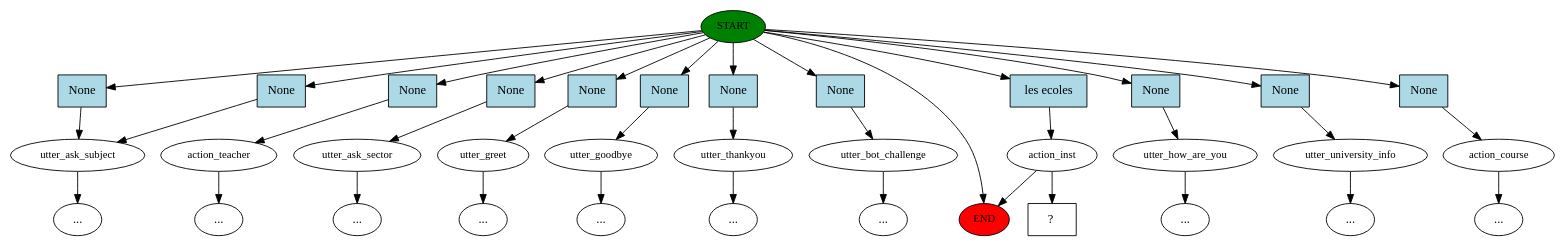
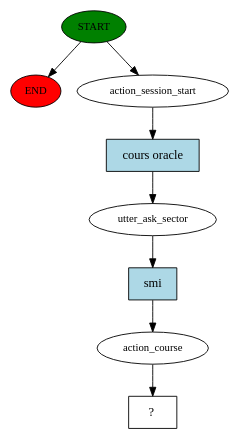
One commit to bilalltf/rasa-chatbot-student-assistant changed the diagram in story_graph.dot. Above: the diagram before and after it, drawn with Graphviz. The commit also changed 25 other files, not shown here.

```diff
--- a/story_graph.dot
+++ b/story_graph.dot
@@ -1,75 +1,17 @@
 digraph  {
 0 [class="start active", fillcolor=green, fontsize=12, label=START, style=filled];
 "-1" [class=end, fillcolor=red, fontsize=12, label=END, style=filled];
-1 [class="", fontsize=12, label=utter_ask_subject];
-3 [class="", fontsize=12, label=action_teacher];
-"-5" [class=ellipsis, label="..."];
-4 [class="", fontsize=12, label=utter_ask_sector];
-"-6" [class=ellipsis, label="..."];
-"-8" [class=ellipsis, label="..."];
-7 [class="", fontsize=12, label=utter_greet];
-"-9" [class=ellipsis, label="..."];
-8 [class="", fontsize=12, label=utter_goodbye];
-"-10" [class=ellipsis, label="..."];
-9 [class="", fontsize=12, label=utter_thankyou];
-"-11" [class=ellipsis, label="..."];
-10 [class="", fontsize=12, label=utter_bot_challenge];
-"-12" [class=ellipsis, label="..."];
-11 [class="", fontsize=12, label=utter_how_are_you];
-"-13" [class=ellipsis, label="..."];
-12 [class="", fontsize=12, label=utter_university_info];
-"-14" [class=ellipsis, label="..."];
-13 [class=active, fontsize=12, label=action_inst];
-14 [class="", fontsize=12, label=action_course];
-"-15" [class=ellipsis, label="..."];
-19 [class="intent dashed active", label="  ?  ", shape=rect];
-20 [class=intent, fillcolor=lightblue, label=None, shape=rect, style=filled];
-21 [class=intent, fillcolor=lightblue, label=None, shape=rect, style=filled];
-22 [class=intent, fillcolor=lightblue, label=None, shape=rect, style=filled];
-23 [class=intent, fillcolor=lightblue, label=None, shape=rect, style=filled];
-24 [class=intent, fillcolor=lightblue, label=None, shape=rect, style=filled];
-25 [class=intent, fillcolor=lightblue, label=None, shape=rect, style=filled];
-26 [class=intent, fillcolor=lightblue, label=None, shape=rect, style=filled];
-27 [class=intent, fillcolor=lightblue, label=None, shape=rect, style=filled];
-28 [class=intent, fillcolor=lightblue, label=None, shape=rect, style=filled];
-29 [class=intent, fillcolor=lightblue, label=None, shape=rect, style=filled];
-30 [class="intent active", fillcolor=lightblue, label="les ecoles", shape=rect, style=filled];
-31 [class=intent, fillcolor=lightblue, label=None, shape=rect, style=filled];
+1 [class=active, fontsize=12, label=action_session_start];
+2 [class=active, fontsize=12, label=utter_ask_sector];
+3 [class=active, fontsize=12, label=action_course];
+4 [class="intent dashed active", label="  ?  ", shape=rect];
+5 [class="intent active", fillcolor=lightblue, label="cours oracle", shape=rect, style=filled];
+6 [class="intent active", fillcolor=lightblue, label=smi, shape=rect, style=filled];
 0 -> "-1"  [class="", key=NONE, label=""];
-0 -> 20  [class="", key=0];
-0 -> 21  [class="", key=0];
-0 -> 22  [class="", key=0];
-0 -> 23  [class="", key=0];
-0 -> 24  [class="", key=0];
-0 -> 25  [class="", key=0];
-0 -> 26  [class="", key=0];
-0 -> 27  [class="", key=0];
-0 -> 28  [class="", key=0];
-0 -> 29  [class="", key=0];
-0 -> 30  [class=active, key=0];
-0 -> 31  [class="", key=0];
-1 -> "-8"  [class="", key=NONE, label=""];
-3 -> "-5"  [class="", key=NONE, label=""];
-4 -> "-6"  [class="", key=NONE, label=""];
-7 -> "-9"  [class="", key=NONE, label=""];
-8 -> "-10"  [class="", key=NONE, label=""];
-9 -> "-11"  [class="", key=NONE, label=""];
-10 -> "-12"  [class="", key=NONE, label=""];
-11 -> "-13"  [class="", key=NONE, label=""];
-12 -> "-14"  [class="", key=NONE, label=""];
-13 -> "-1"  [class="", key=NONE, label=""];
-13 -> 19  [class=active, key=NONE, label=""];
-14 -> "-15"  [class="", key=NONE, label=""];
-20 -> 1  [class="", key=0];
-21 -> 1  [class="", key=0];
-22 -> 3  [class="", key=0];
-23 -> 4  [class="", key=0];
-24 -> 7  [class="", key=0];
-25 -> 8  [class="", key=0];
-26 -> 9  [class="", key=0];
-27 -> 10  [class="", key=0];
-28 -> 11  [class="", key=0];
-29 -> 12  [class="", key=0];
-30 -> 13  [class=active, key=0];
-31 -> 14  [class="", key=0];
+0 -> 1  [class=active, key=NONE, label=""];
+1 -> 5  [class=active, key=0];
+2 -> 6  [class=active, key=0];
+3 -> 4  [class=active, key=NONE, label=""];
+5 -> 2  [class=active, key=0];
+6 -> 3  [class=active, key=0];
 }
```
